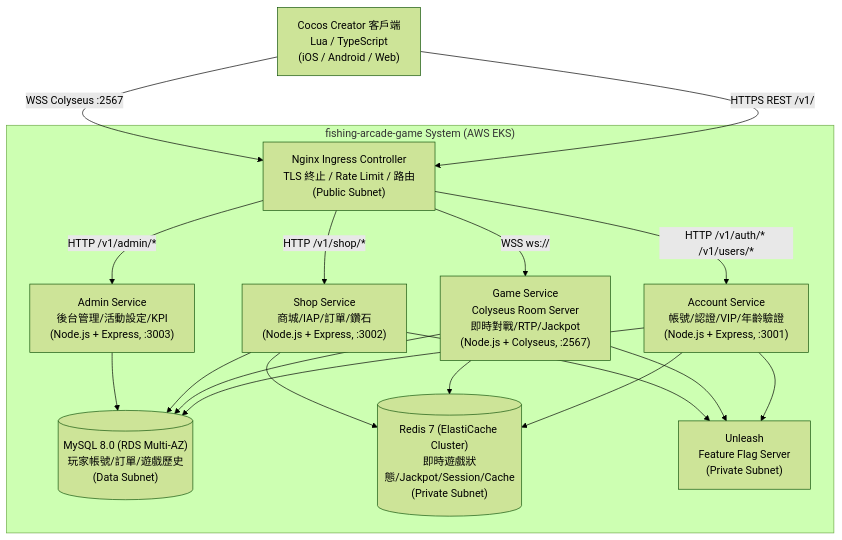
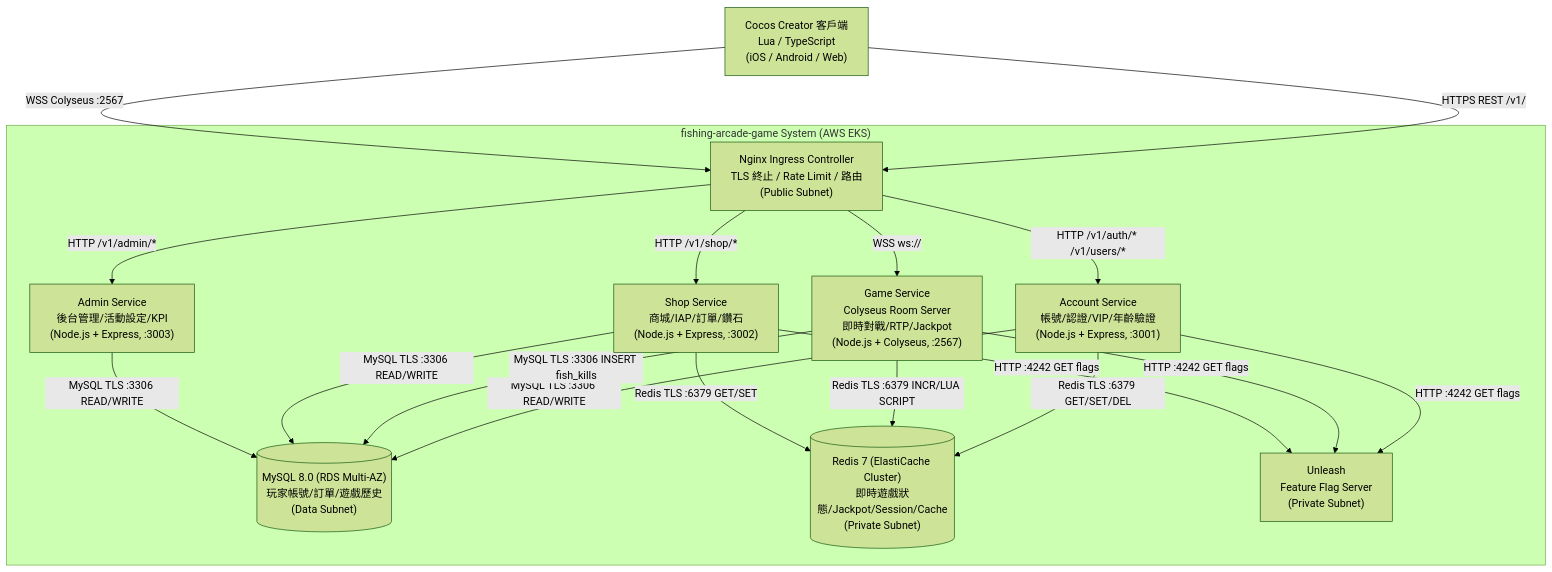
Before and after one commit to ibalasite/fishgame: the second of 7 diagrams in docs/ARCH.md, drawn with Mermaid (forest theme). The commit also changed other lines of this file, not shown here.

Commit message:
docs(gendoc)[D07-ARCH]: review-r1 — fix 4/4 findings (HIGH: diagram labels + data consistency; MEDIUM: CDN arch + observability metrics)

````diff
--- a/docs/ARCH.md
+++ b/docs/ARCH.md
@@ -169,32 +169,32 @@
 ```mermaid
 graph TD
     CocosClient["Cocos Creator 客戶端\nLua / TypeScript\n(iOS / Android / Web)"]
 
     subgraph FishGameSystem["fishing-arcade-game System (AWS EKS)"]
         NginxIngress["Nginx Ingress Controller\nTLS 終止 / Rate Limit / 路由\n(Public Subnet)"]
         AccountSvc["Account Service\n帳號/認證/VIP/年齡驗證\n(Node.js + Express, :3001)"]
         GameSvc["Game Service\nColyseus Room Server\n即時對戰/RTP/Jackpot\n(Node.js + Colyseus, :2567)"]
         ShopSvc["Shop Service\n商城/IAP/訂單/鑽石\n(Node.js + Express, :3002)"]
         AdminSvc["Admin Service\n後台管理/活動設定/KPI\n(Node.js + Express, :3003)"]
         MySQL[("MySQL 8.0 (RDS Multi-AZ)\n玩家帳號/訂單/遊戲歷史\n(Data Subnet)")]
         Redis[("Redis 7 (ElastiCache Cluster)\n即時遊戲狀態/Jackpot/Session/Cache\n(Private Subnet)")]
         Unleash["Unleash\nFeature Flag Server\n(Private Subnet)"]
     end
 
     CocosClient -->|"HTTPS REST /v1/"| NginxIngress
     CocosClient -->|"WSS Colyseus :2567"| NginxIngress
     NginxIngress -->|"HTTP /v1/auth/* /v1/users/*"| AccountSvc
     NginxIngress -->|"WSS ws://"| GameSvc
     NginxIngress -->|"HTTP /v1/shop/*"| ShopSvc
     NginxIngress -->|"HTTP /v1/admin/*"| AdminSvc
-    AccountSvc --> MySQL
-    AccountSvc --> Redis
-    GameSvc --> MySQL
-    GameSvc --> Redis
-    ShopSvc --> MySQL
-    ShopSvc --> Redis
-    AdminSvc --> MySQL
-    AccountSvc --> Unleash
-    GameSvc --> Unleash
-    ShopSvc --> Unleash
+    AccountSvc -->|"MySQL TLS :3306 READ/WRITE"| MySQL
+    AccountSvc -->|"Redis TLS :6379 GET/SET/DEL"| Redis
+    GameSvc -->|"MySQL TLS :3306 INSERT fish_kills"| MySQL
+    GameSvc -->|"Redis TLS :6379 INCR/LUA SCRIPT"| Redis
+    ShopSvc -->|"MySQL TLS :3306 READ/WRITE"| MySQL
+    ShopSvc -->|"Redis TLS :6379 GET/SET"| Redis
+    AdminSvc -->|"MySQL TLS :3306 READ/WRITE"| MySQL
+    AccountSvc -->|"HTTP :4242 GET flags"| Unleash
+    GameSvc -->|"HTTP :4242 GET flags"| Unleash
+    ShopSvc -->|"HTTP :4242 GET flags"| Unleash
 ```
````
